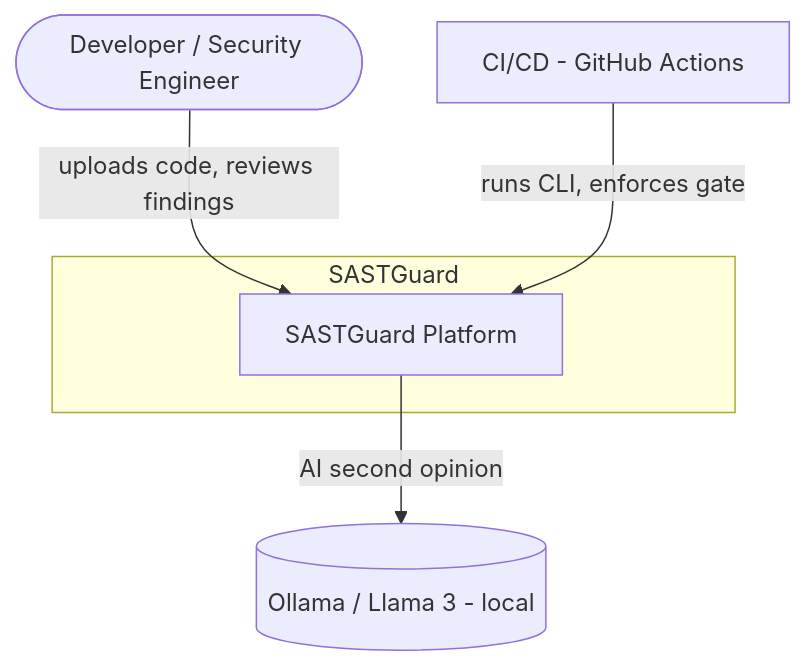
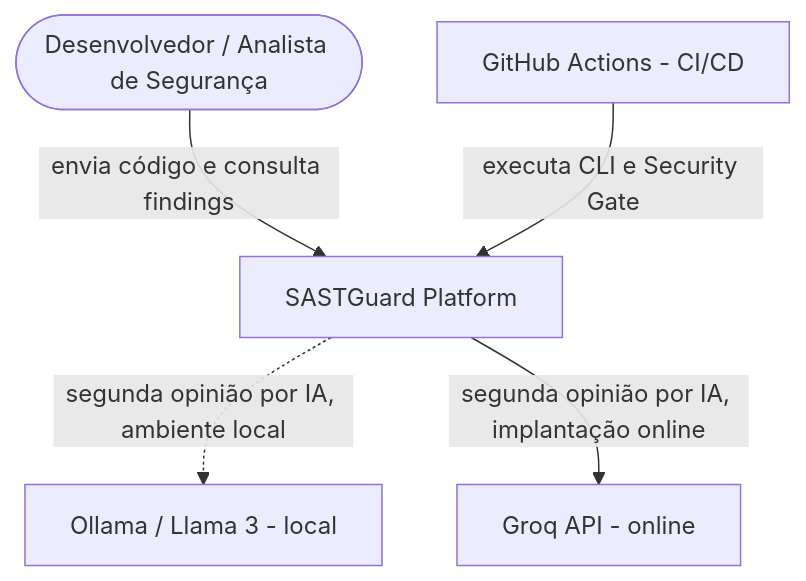
Before and after one commit to LorenzzoDiass/SASTGuard: the first of 7 diagrams in docs/ARCHITECTURE.md, drawn with Mermaid. The commit also changed other lines of this file, not shown here.

First line of the commit message:
Revise architecture documentation and diagrams

````diff
--- a/docs/ARCHITECTURE.md
+++ b/docs/ARCHITECTURE.md
@@ -9,13 +9,13 @@
 ```mermaid
 flowchart TD
-    user([Developer / Security Engineer])
-    subgraph SASTGuard
-      app[SASTGuard Platform]
-    end
-    ollama[(Ollama / Llama 3 - local)]
-    ci[CI/CD - GitHub Actions]
+    user([Desenvolvedor / Analista de Segurança])
+    app[SASTGuard Platform]
+    ci[GitHub Actions - CI/CD]
+    ollama[Ollama / Llama 3 - local]
+    groq[Groq API - online]
 
-    user -->|uploads code, reviews findings| app
-    app -->|AI second opinion| ollama
-    ci -->|runs CLI, enforces gate| app
+    user -->|envia código e consulta findings| app
+    ci -->|executa CLI e Security Gate| app
+    app -.->|segunda opinião por IA, ambiente local| ollama
+    app -->|segunda opinião por IA, implantação online| groq
 ```
````
